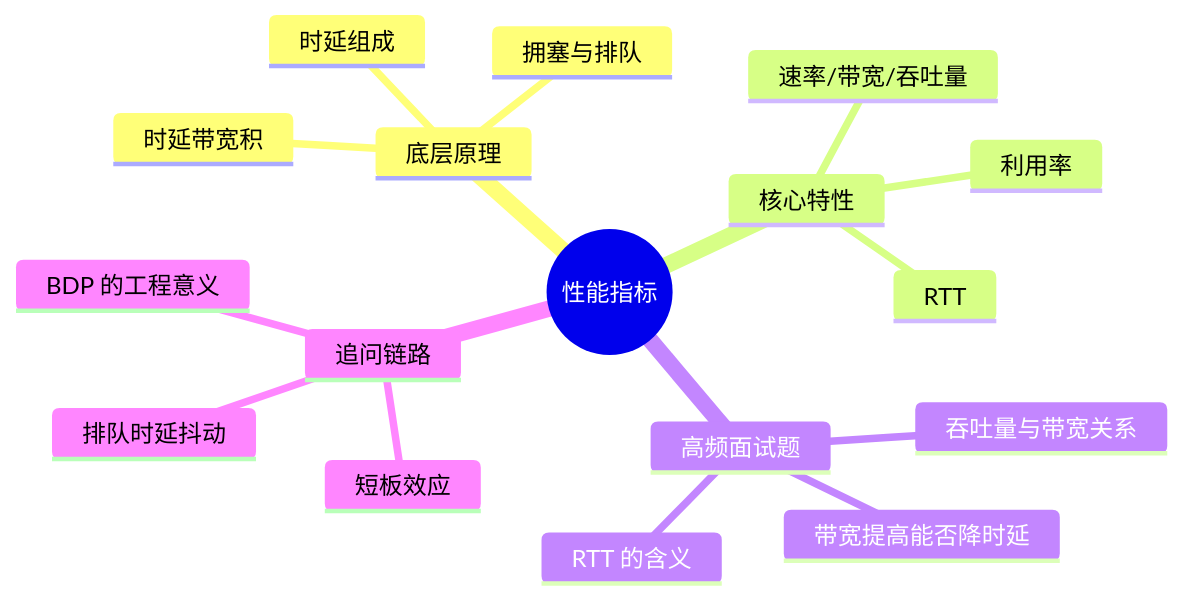
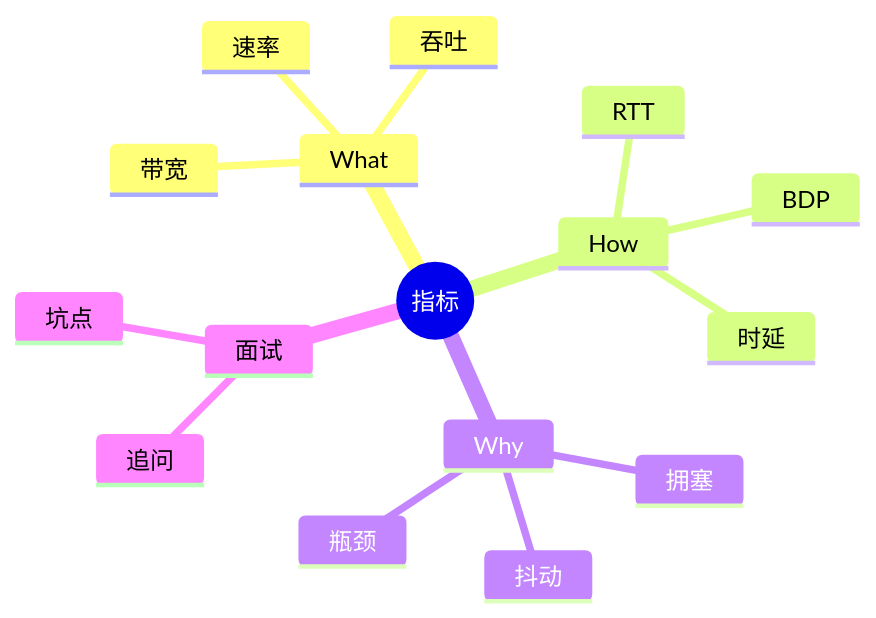
One commit to laoliu-463/mybook changed the first of 2 diagrams in 10_CS_Basics/计算机网络/性能指标和体系结构.md. Above: the diagram before and after it, drawn with Mermaid. The commit also changed other lines of this file and 6 other files, not shown here.

````diff
--- a/10_CS_Basics/计算机网络/性能指标和体系结构.md
+++ b/10_CS_Basics/计算机网络/性能指标和体系结构.md
@@ -10,20 +10,19 @@
 ```mermaid
 mindmap
-  root((性能指标))
-    底层原理
-      时延组成
-      时延带宽积
-      拥塞与排队
-    核心特性
-      速率/带宽/吞吐量
+  root((指标))
+    What
+      速率
+      带宽
+      吞吐
+    How
+      时延
       RTT
-      利用率
-    高频面试题
-      带宽提高能否降时延
-      吞吐量与带宽关系
-      RTT 的含义
-    追问链路
-      BDP 的工程意义
-      短板效应
-      排队时延抖动
+      BDP
+    Why
+      拥塞
+      瓶颈
+      抖动
+    面试
+      追问
+      坑点
 ```
````
